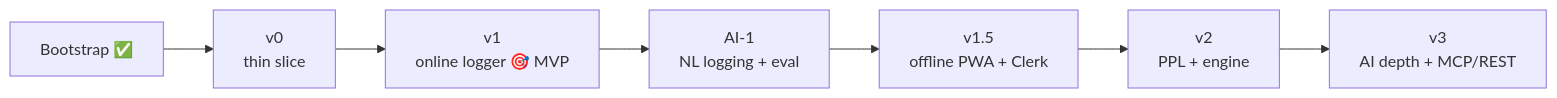
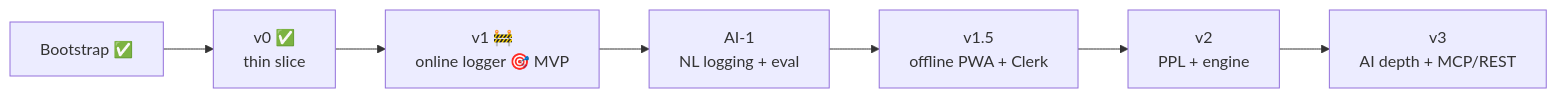
One commit to ralamode/mat-plan changed the seventh of 8 diagrams in docs/architecture.md. Above: the diagram before and after it, drawn with Mermaid. The commit also changed other lines of this file, not shown here.

First line of the commit message:
docs(architecture): refresh ERD + CI topology, add v1 model & build-order diagrams

````diff
--- a/docs/architecture.md
+++ b/docs/architecture.md
@@ -114,9 +165,9 @@
 ```mermaid
 flowchart LR
-  B["Bootstrap ✅"] --> V0["v0<br/>thin slice"]
-  V0 --> V1["v1<br/>online logger 🎯 MVP"]
+  B["Bootstrap ✅"] --> V0["v0 ✅<br/>thin slice"]
+  V0 --> V1["v1 🚧<br/>online logger 🎯 MVP"]
   V1 --> AI1["AI-1<br/>NL logging + eval"]
   AI1 --> V15["v1.5<br/>offline PWA + Clerk"]
   V15 --> V2["v2<br/>PPL + engine"]
   V2 --> V3["v3<br/>AI depth + MCP/REST"]
 ```
````
